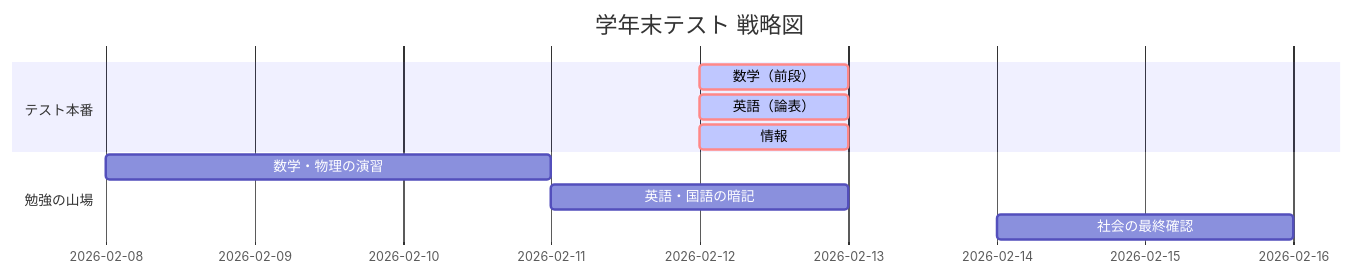
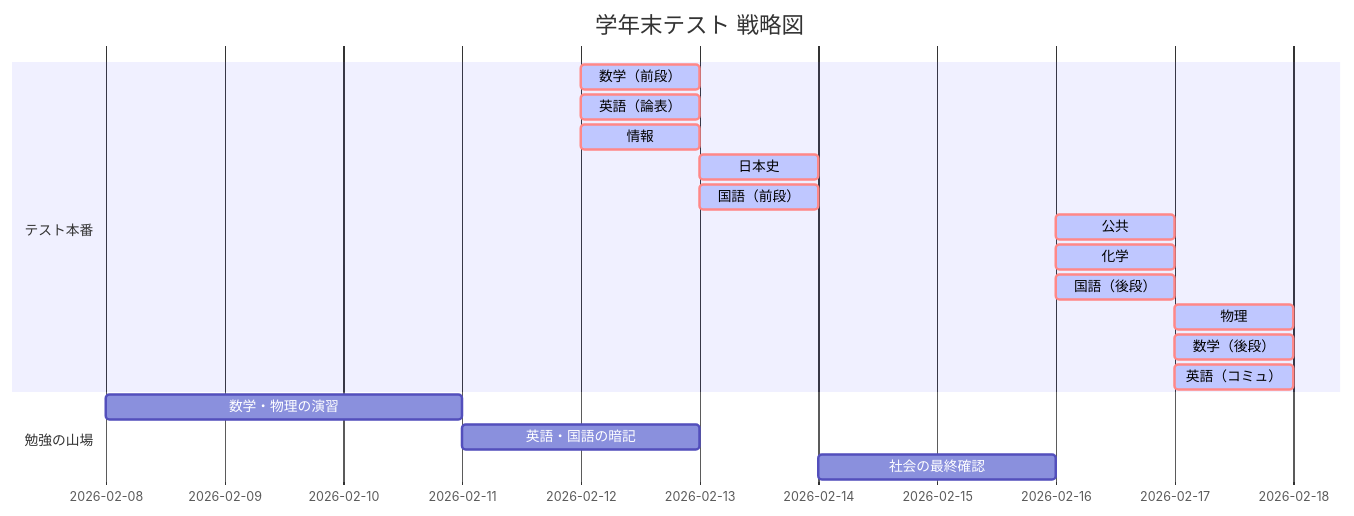
Before and after one commit to Grinrin1108/my-site: the diagram in docs/schedule/schedule.md, drawn with Mermaid.

Commit message:
2026/02/08 17:19

````diff
--- a/docs/schedule/schedule.md
+++ b/docs/schedule/schedule.md
@@ -14,14 +14,26 @@
 ```mermaid
 gantt
     title 学年末テスト 戦略図
-    dateFormat  YYYY-MM-DD
+    dateFormat MM-DD
+
     section テスト本番
     数学（前段） :crit, active, 2026-02-12, 1d
     英語（論表） :crit, active, 2026-02-12, 1d
     情報 :crit, active, 2026-02-12, 1d
+
+    日本史 :crit, active, 2026-02-13, 1d
+    国語（前段） :crit, active, 2026-02-13, 1d
     
+    公共 :crit, active,2026-02-16, 1d
+    化学 :crit, active,2026-02-16, 1d
+    国語（後段） :crit, active,2026-02-16, 1d
+
+    物理 :crit, active, 2026-02-17, 1d
+    数学（後段） :crit, active, 2026-02-17, 1d
+    英語（コミュ） :crit, active, 2026-02-17, 1d
+
     section 勉強の山場
     数学・物理の演習 :2026-02-08, 3d
     英語・国語の暗記 :2026-02-11, 2d
     社会の最終確認   :2026-02-14, 2d
 ```
````
